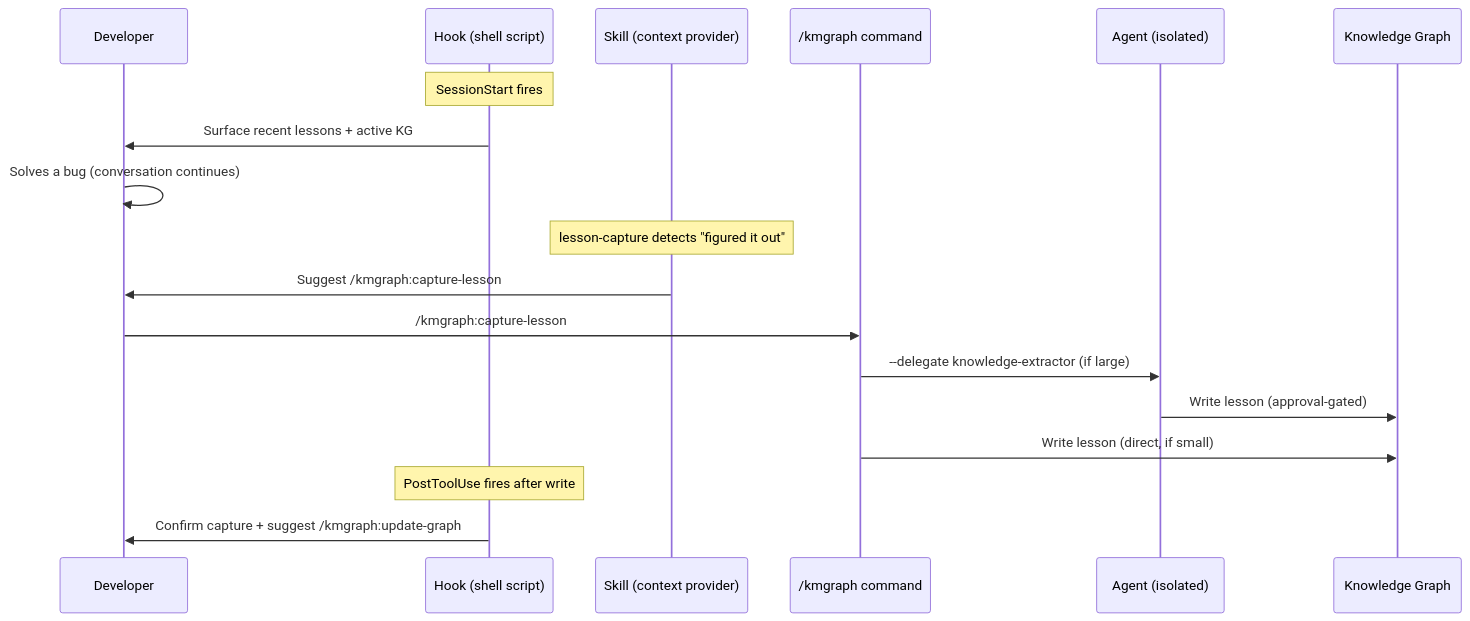
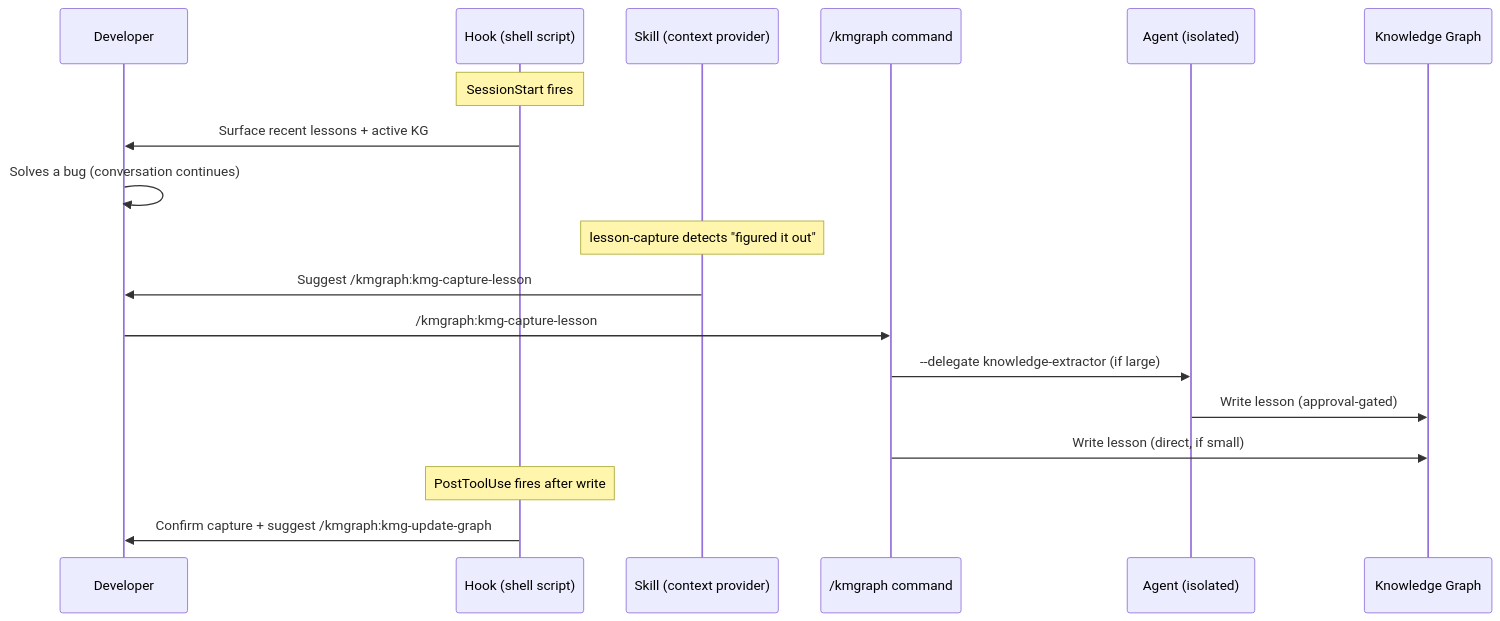
One commit to technomensch/knowledge-graph changed the diagram in docs/pillars/tailoring/automation-layer.md. Above: the diagram before and after it, drawn with Mermaid. The commit also changed 58 other files, not shown here.

````diff
--- a/docs/pillars/tailoring/automation-layer.md
+++ b/docs/pillars/tailoring/automation-layer.md
@@ -29,26 +29,26 @@
 ```mermaid
 sequenceDiagram
     participant Dev as Developer
     participant Hook as Hook (shell script)
     participant Skill as Skill (context provider)
     participant Command as /kmgraph command
     participant Agent as Agent (isolated)
     participant KG as Knowledge Graph
 
     Note over Hook: SessionStart fires
     Hook->>Dev: Surface recent lessons + active KG
 
     Dev->>Dev: Solves a bug (conversation continues)
 
     Note over Skill: lesson-capture detects "figured it out"
-    Skill->>Dev: Suggest /kmgraph:capture-lesson
+    Skill->>Dev: Suggest /kmgraph:kmg-capture-lesson
 
-    Dev->>Command: /kmgraph:capture-lesson
+    Dev->>Command: /kmgraph:kmg-capture-lesson
     Command->>Agent: --delegate knowledge-extractor (if large)
     Agent->>KG: Write lesson (approval-gated)
     Command->>KG: Write lesson (direct, if small)
 
     Note over Hook: PostToolUse fires after write
-    Hook->>Dev: Confirm capture + suggest /kmgraph:update-graph
+    Hook->>Dev: Confirm capture + suggest /kmgraph:kmg-update-graph
 
 ```
````
